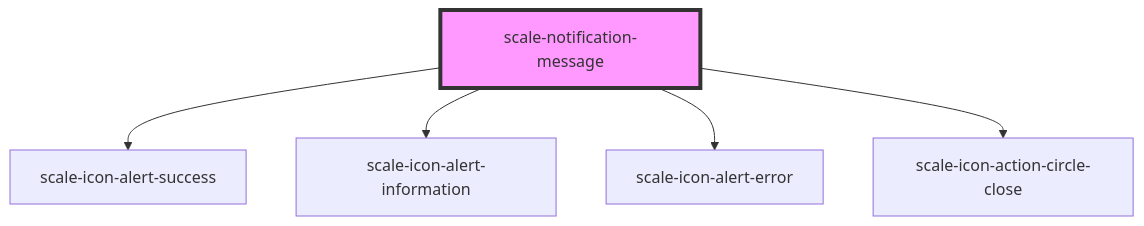
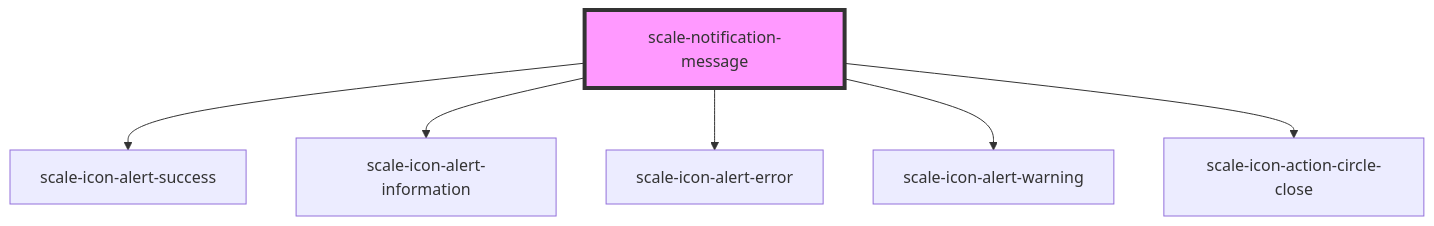
Before and after one commit to telekom/scale: the diagram in packages/components/src/components/notification-message/readme.md, drawn with Mermaid. The commit also changed other lines of this file and 15 other files, not shown here.

Commit message:
refactor: swap warning and error icon in notifications

````diff
--- a/packages/components/src/components/notification-message/readme.md
+++ b/packages/components/src/components/notification-message/readme.md
@@ -57,8 +58,9 @@
 ```mermaid
 graph TD;
   scale-notification-message --> scale-icon-alert-success
   scale-notification-message --> scale-icon-alert-information
   scale-notification-message --> scale-icon-alert-error
+  scale-notification-message --> scale-icon-alert-warning
   scale-notification-message --> scale-icon-action-circle-close
   style scale-notification-message fill:#f9f,stroke:#333,stroke-width:4px
 ```
````
